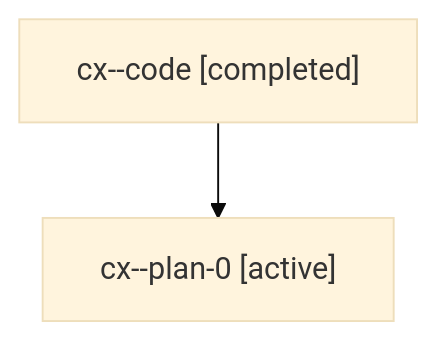
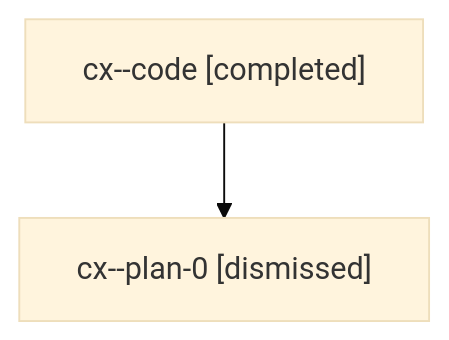
The diagram in sessions/bbugyi200.athena.cx.md (sase-org/sase--agents), drawn with Mermaid (base theme) before and after one commit. The commit also changed other lines of this file and 35 other files, not shown here.

````diff
--- a/sessions/bbugyi200.athena.cx.md
+++ b/sessions/bbugyi200.athena.cx.md
@@ -9,6 +9,6 @@
 ```mermaid
 flowchart TD
   n0["cx--code [completed]"]
-  n1["cx--plan-0 [active]"]
+  n1["cx--plan-0 [dismissed]"]
   n0 --> n1
 ```
````
